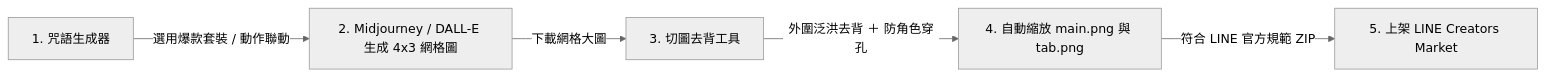
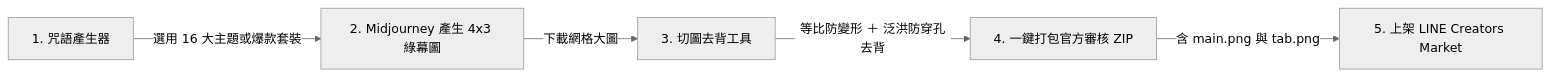
Before and after one commit to dinghnes/line-sticker-maker: the second of 2 diagrams in README.md, drawn with Mermaid (neutral theme). The commit also changed other lines of this file, not shown here.

````diff
--- a/README.md
+++ b/README.md
@@ -69,7 +80,7 @@
 ```mermaid
 flowchart LR
-    A[1. 咒語生成器] -->|選用爆款套裝 / 動作聯動| B[2. Midjourney / DALL-E 生成 4x3 網格圖]
+    A[1. 咒語產生器] -->|選用 16 大主題或爆款套裝| B[2. Midjourney 產生 4x3 綠幕圖]
     B -->|下載網格大圖| C[3. 切圖去背工具]
-    C -->|外圍泛洪去背 ＋ 防角色穿孔| D[4. 自動縮放 main.png 與 tab.png]
-    D -->|符合 LINE 官方規範 ZIP| E[5. 上架 LINE Creators Market]
+    C -->|等比防變形 ＋ 泛洪防穿孔去背| D[4. 一鍵打包官方審核 ZIP]
+    D -->|含 main.png 與 tab.png| E[5. 上架 LINE Creators Market]
 ```
````
